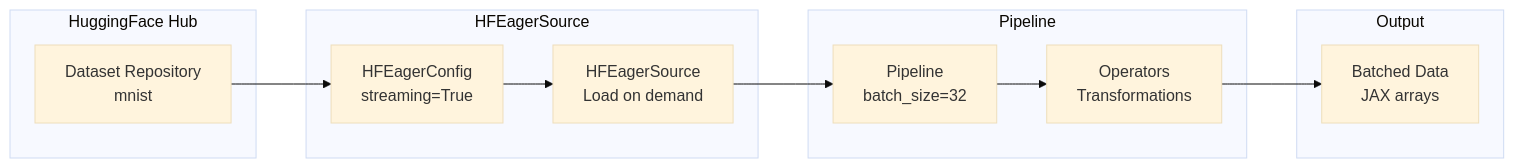
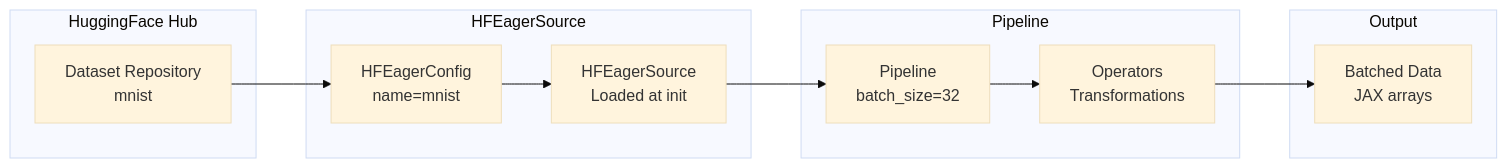
One commit to avitai/datarax changed the diagram in docs/examples/integration/huggingface/hf-quickref.md. Above: the diagram before and after it, drawn with Mermaid (base theme). The commit also changed other lines of this file and 257 other files, not shown here.

````diff
--- a/docs/examples/integration/huggingface/hf-quickref.md
+++ b/docs/examples/integration/huggingface/hf-quickref.md
@@ -113,22 +113,22 @@
 ```mermaid
 flowchart LR
     subgraph HF["HuggingFace Hub"]
         HUB[Dataset Repository<br/>mnist]
     end
 
     subgraph Source["HFEagerSource"]
-        CFG[HFEagerConfig<br/>streaming=True]
-        SRC[HFEagerSource<br/>Load on demand]
+        CFG[HFEagerConfig<br/>name=mnist]
+        SRC[HFEagerSource<br/>Loaded at init]
     end
 
     subgraph Pipeline["Pipeline"]
         FS[Pipeline<br/>batch_size=32]
         OPS[Operators<br/>Transformations]
     end
 
     subgraph Output["Output"]
         OUT[Batched Data<br/>JAX arrays]
     end
 
     HUB --> CFG --> SRC --> FS --> OPS --> OUT
 ```
````
